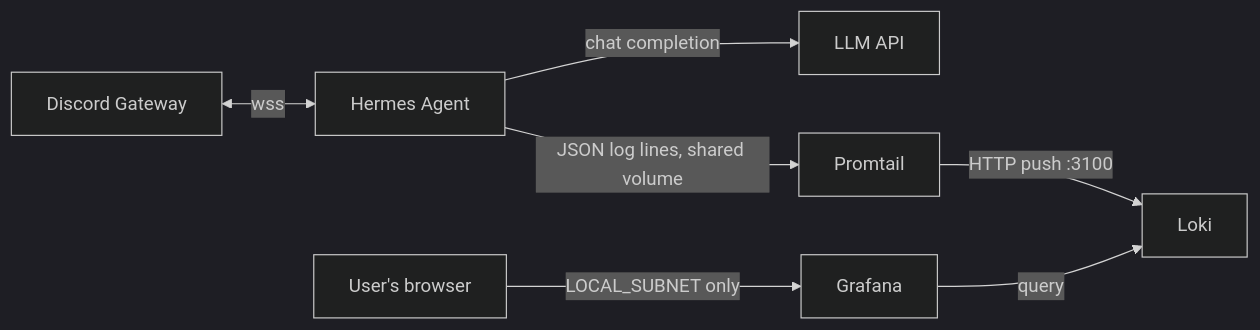
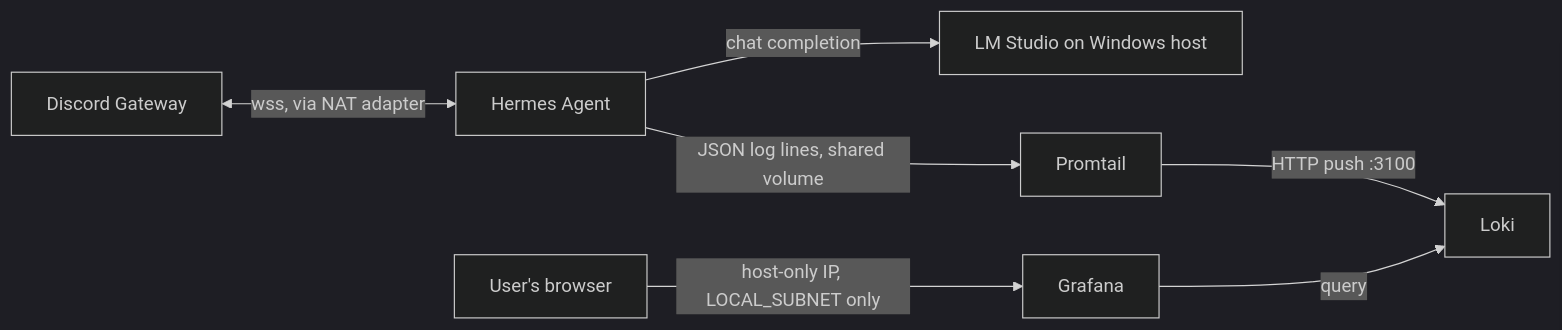
Before and after one commit to cv-ai-sec/cv-hermes: the diagram in docs/ARCHITECTURE.md, drawn with Mermaid (dark theme). The commit also changed other lines of this file and 5 other files, not shown here.

First line of the commit message:
Align VirtualBox network setup with the actual hermes-agent VM

````diff
--- a/docs/ARCHITECTURE.md
+++ b/docs/ARCHITECTURE.md
@@ -3,9 +3,9 @@
 ```mermaid
 graph LR
-  A[Discord Gateway] <-->|wss| B[Hermes Agent]
-  B -->|chat completion| C[LLM API]
+  A[Discord Gateway] <-->|wss, via NAT adapter| B[Hermes Agent]
+  B -->|chat completion| C[LM Studio on Windows host]
   B -->|JSON log lines, shared volume| D[Promtail]
   D -->|HTTP push :3100| E[Loki]
   F[Grafana] -->|query| E
-  U[User's browser] -->|LOCAL_SUBNET only| F
+  U[User's browser] -->|host-only IP, LOCAL_SUBNET only| F
 ```
````
